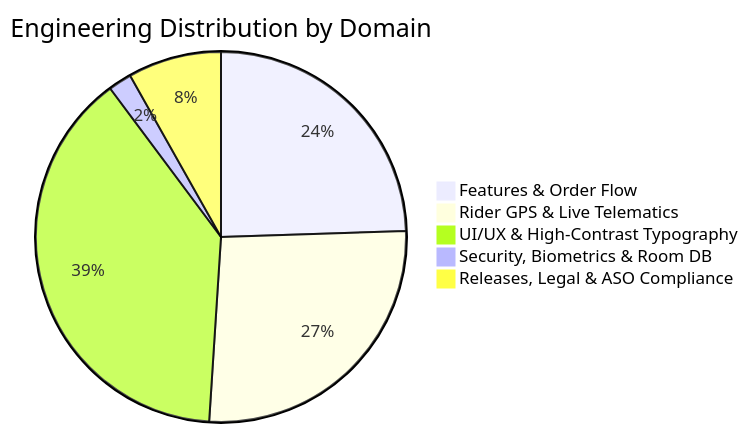
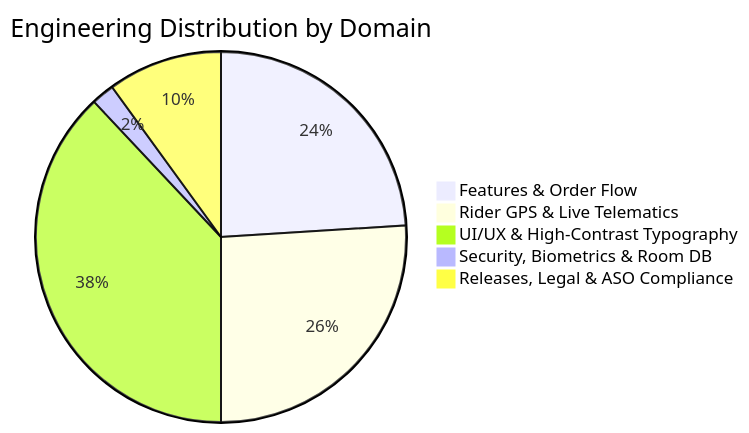
The second of 2 diagrams in README.md (daniyal44/Zyphuel-App), drawn with Mermaid before and after one commit. The commit also changed other lines of this file and 10 other files, not shown here.

````diff
--- a/README.md
+++ b/README.md
@@ -60,8 +60,8 @@
 ```mermaid
 pie title Engineering Distribution by Domain
     "Features & Order Flow" : 12
     "Rider GPS & Live Telematics" : 13
     "UI/UX & High-Contrast Typography" : 19
     "Security, Biometrics & Room DB" : 1
-    "Releases, Legal & ASO Compliance" : 4
+    "Releases, Legal & ASO Compliance" : 5
 ```
````
